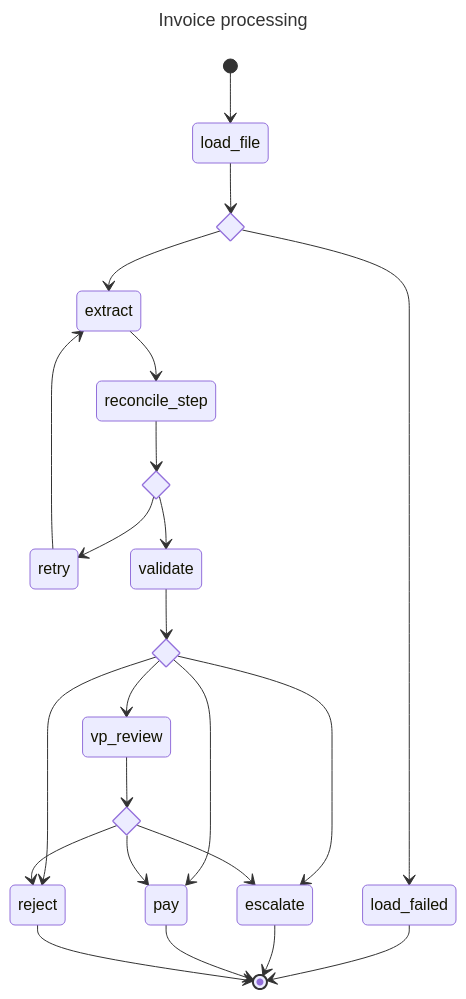
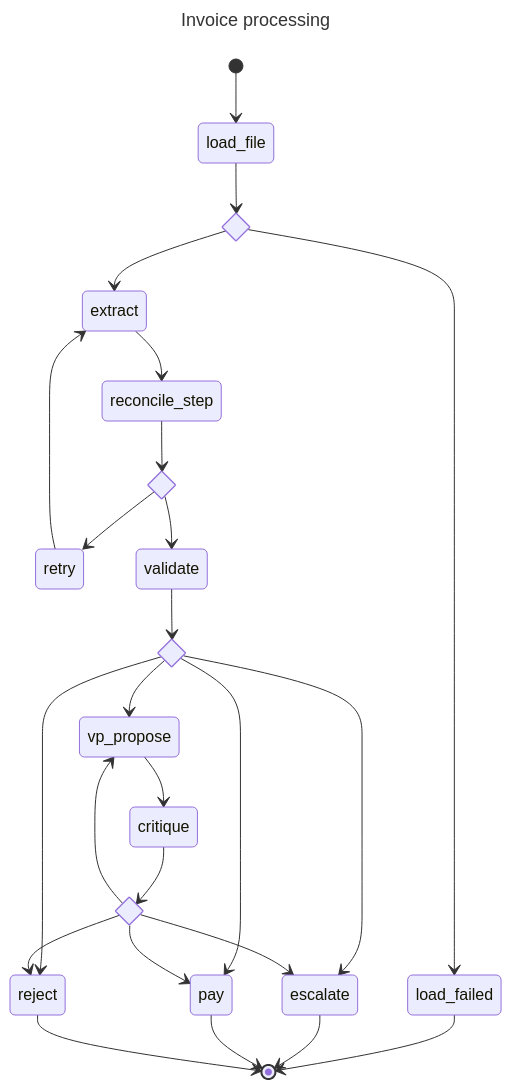
Before and after one commit to DavidSlayback/galatiq-case-invoices: the diagram in docs/graph.mmd, drawn with Mermaid. The commit also changed 8 other files, not shown here.

```diff
--- a/docs/graph.mmd
+++ b/docs/graph.mmd
@@ -1,41 +1,44 @@
 ---
 title: Invoice processing
 ---
 stateDiagram-v2
   load_file
   state decision <<choice>>
   extract
   load_failed
   reconcile_step
   state decision_2 <<choice>>
   retry
   validate
   state decision_3 <<choice>>
   escalate
   pay
   reject
-  vp_review
+  vp_propose
+  critique
   state decision_4 <<choice>>
 
   [*] --> load_file
   load_file --> decision
   decision --> extract
   decision --> load_failed
   extract --> reconcile_step
   load_failed --> [*]
   reconcile_step --> decision_2
   decision_2 --> retry
   decision_2 --> validate
   retry --> extract
   validate --> decision_3
   decision_3 --> escalate
   decision_3 --> pay
   decision_3 --> reject
-  decision_3 --> vp_review
+  decision_3 --> vp_propose
   escalate --> [*]
   pay --> [*]
   reject --> [*]
-  vp_review --> decision_4
+  vp_propose --> critique
+  critique --> decision_4
   decision_4 --> escalate
   decision_4 --> pay
   decision_4 --> reject
+  decision_4 --> vp_propose
```
